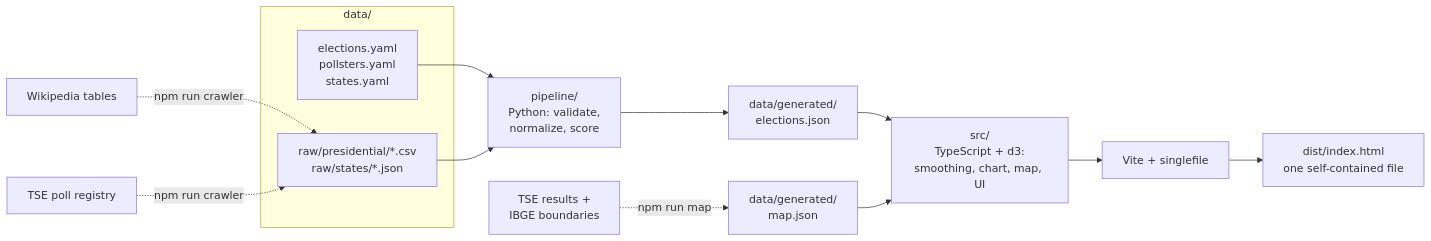
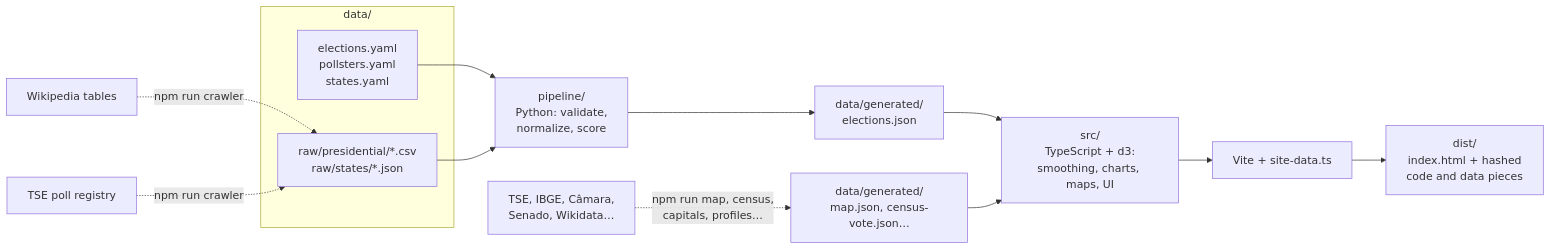
The diagram in README.md (danillog/urna), drawn with Mermaid before and after one commit. The commit also changed other lines of this file and 6 other files, not shown here.

Commit message:
Deploy: npm run deploy envia para danillogomes.com/urna

````diff
--- a/README.md
+++ b/README.md
@@ -28,14 +37,14 @@
 ```mermaid
 flowchart LR
     subgraph data/
         Y[elections.yaml<br/>pollsters.yaml<br/>states.yaml]
         R[raw/presidential/*.csv<br/>raw/states/*.json]
     end
     WK[Wikipedia tables] & TR[TSE poll registry] -. npm run crawler .-> R
-    T[TSE results +<br/>IBGE boundaries] -. npm run map .-> M[data/generated/<br/>map.json]
+    T[TSE, IBGE, Câmara,<br/>Senado, Wikidata…] -. npm run map, census,<br/>capitals, profiles… .-> M[data/generated/<br/>map.json, census-vote.json…]
     Y & R --> P[pipeline/<br/>Python: validate,<br/>normalize, score]
     P --> J[data/generated/<br/>elections.json]
-    J & M --> W[src/<br/>TypeScript + d3:<br/>smoothing, chart, map, UI]
-    W --> V[Vite + singlefile]
-    V --> H[dist/index.html<br/>one self-contained file]
+    J & M --> W[src/<br/>TypeScript + d3:<br/>smoothing, charts, maps, UI]
+    W --> V[Vite + site-data.ts]
+    V --> H[dist/<br/>index.html + hashed<br/>code and data pieces]
 ```
````
